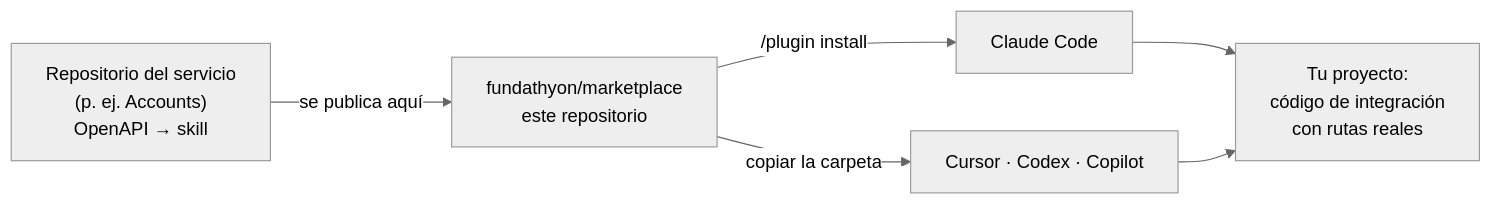
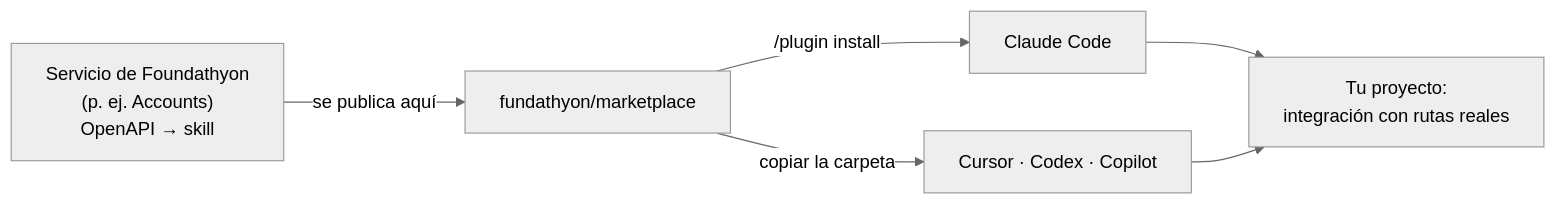
The first of 2 diagrams in README.md (fundathyon/marketplace), drawn with Mermaid (neutral theme) before and after one commit. The commit also changed other lines of this file, not shown here.

````diff
--- a/README.md
+++ b/README.md
@@ -14,8 +53,8 @@
 ```mermaid
 flowchart LR
-    S["Repositorio del servicio<br/>(p. ej. Accounts)<br/>OpenAPI → skill"] -->|"se publica aquí"| M["fundathyon/marketplace<br/>este repositorio"]
+    S["Servicio de Foundathyon<br/>(p. ej. Accounts)<br/>OpenAPI → skill"] -->|"se publica aquí"| M["fundathyon/marketplace"]
     M -->|"/plugin install"| CC["Claude Code"]
     M -->|"copiar la carpeta"| OT["Cursor · Codex · Copilot"]
-    CC --> P["Tu proyecto:<br/>código de integración<br/>con rutas reales"]
+    CC --> P["Tu proyecto:<br/>integración con rutas reales"]
     OT --> P
 ```
````
